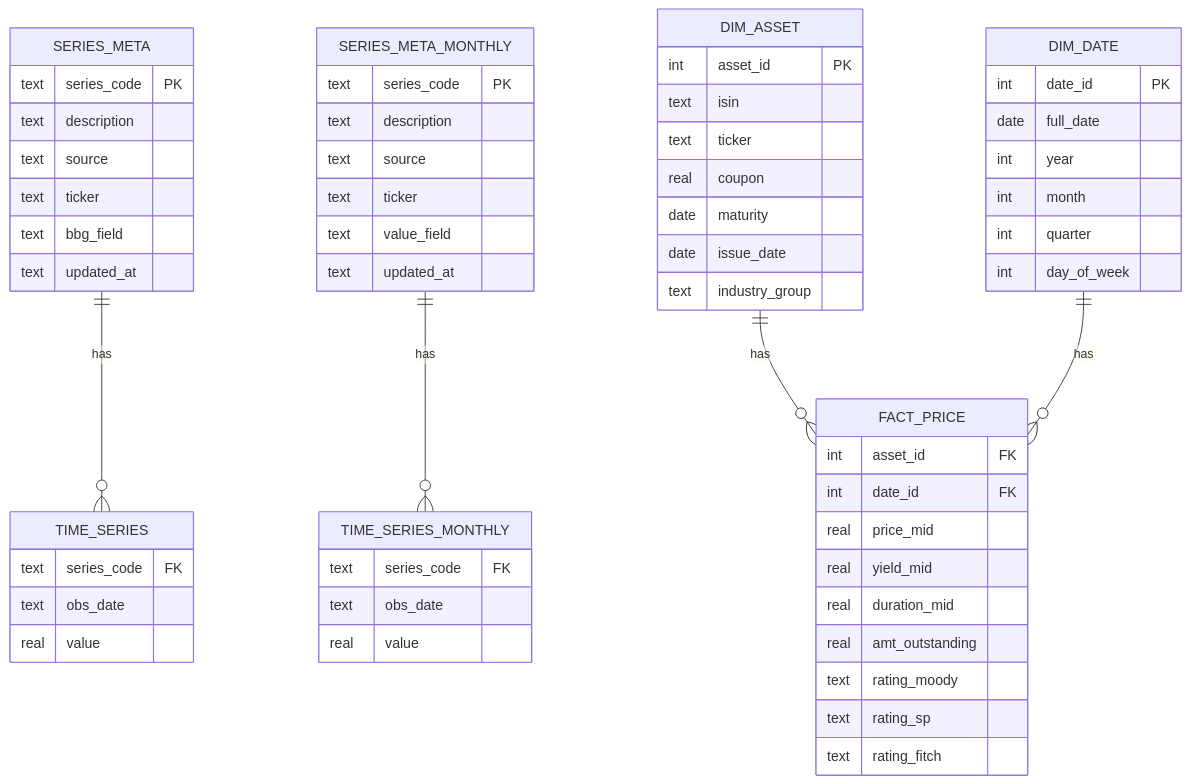
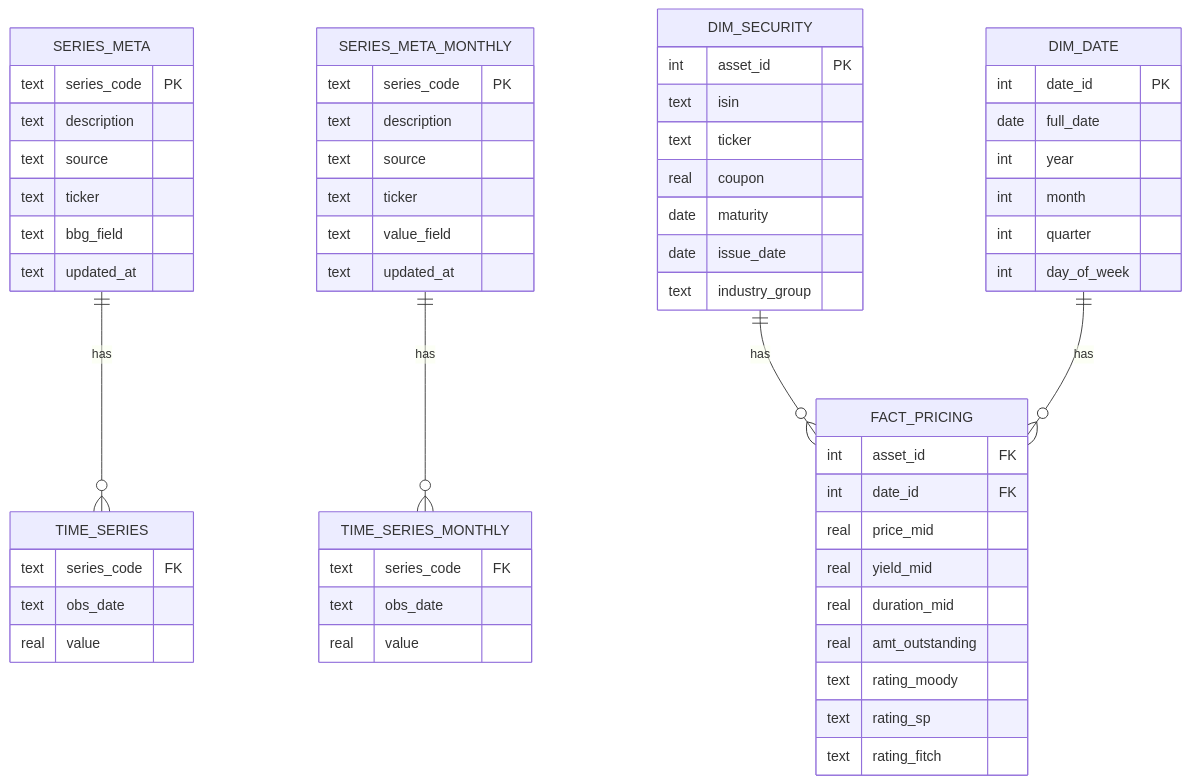
The diagram in DOCUMENTACAO.md (Bcp-Securities/Market-Update-Automation), drawn with Mermaid before and after one commit. The commit also changed other lines of this file and 5 other files, not shown here.

Commit message:
alterando nome de tabelas dim_asset e fact_price

````diff
--- a/DOCUMENTACAO.md
+++ b/DOCUMENTACAO.md
@@ -21,62 +21,62 @@
 ```mermaid
 erDiagram
 
 SERIES_META {
     text series_code PK
     text description
     text source
     text ticker
     text bbg_field
     text updated_at
 }
 TIME_SERIES {
     text series_code FK
     text obs_date
     real value
 }
 SERIES_META_MONTHLY {
     text series_code PK
     text description
     text source
     text ticker
     text value_field
     text updated_at
 }
 TIME_SERIES_MONTHLY {
     text series_code FK
     text obs_date
     real value
 }
-DIM_ASSET {
+DIM_SECURITY {
     int asset_id PK
     text isin
     text ticker
     real coupon
     date maturity
     date issue_date
     text industry_group
 }
 DIM_DATE {
     int date_id PK
     date full_date
     int year
     int month
     int quarter
     int day_of_week
 }
-FACT_PRICE {
+FACT_PRICING {
     int asset_id FK
     int date_id FK
     real price_mid
     real yield_mid
     real duration_mid
     real amt_outstanding
     text rating_moody
     text rating_sp
     text rating_fitch
 }
 SERIES_META ||--o{ TIME_SERIES : has
 SERIES_META_MONTHLY ||--o{ TIME_SERIES_MONTHLY : has
-DIM_ASSET ||--o{ FACT_PRICE : has
-DIM_DATE ||--o{ FACT_PRICE : has
+DIM_SECURITY ||--o{ FACT_PRICING : has
+DIM_DATE ||--o{ FACT_PRICING : has
 ```
````
